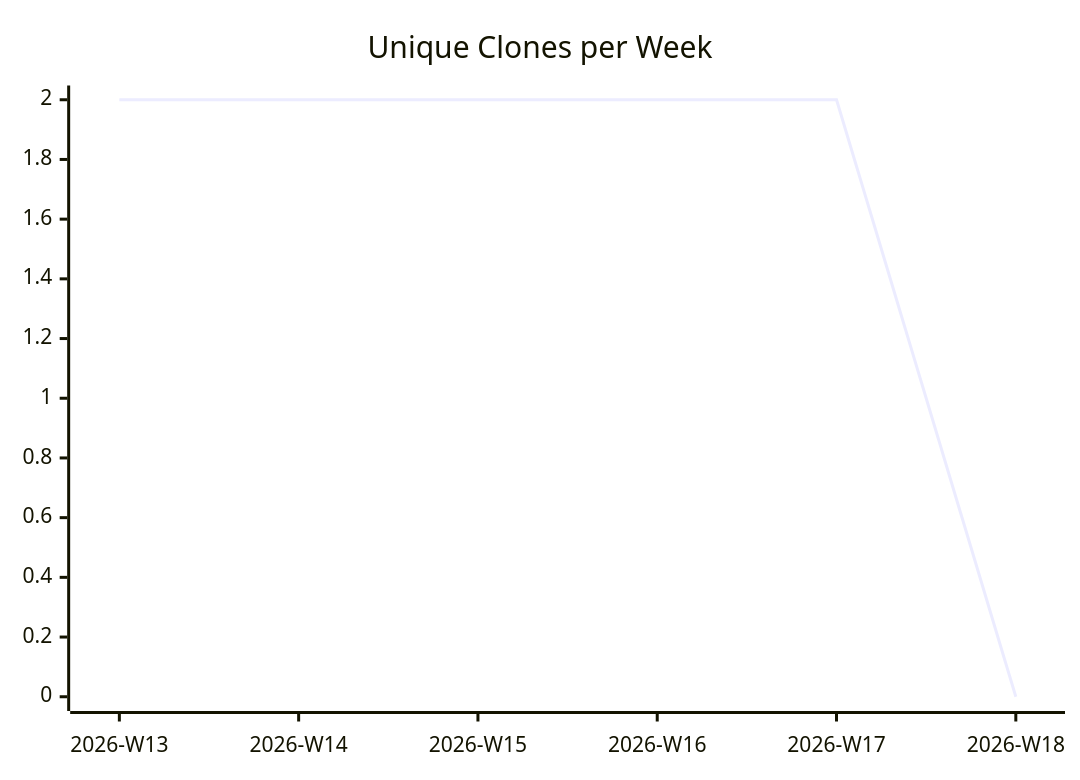
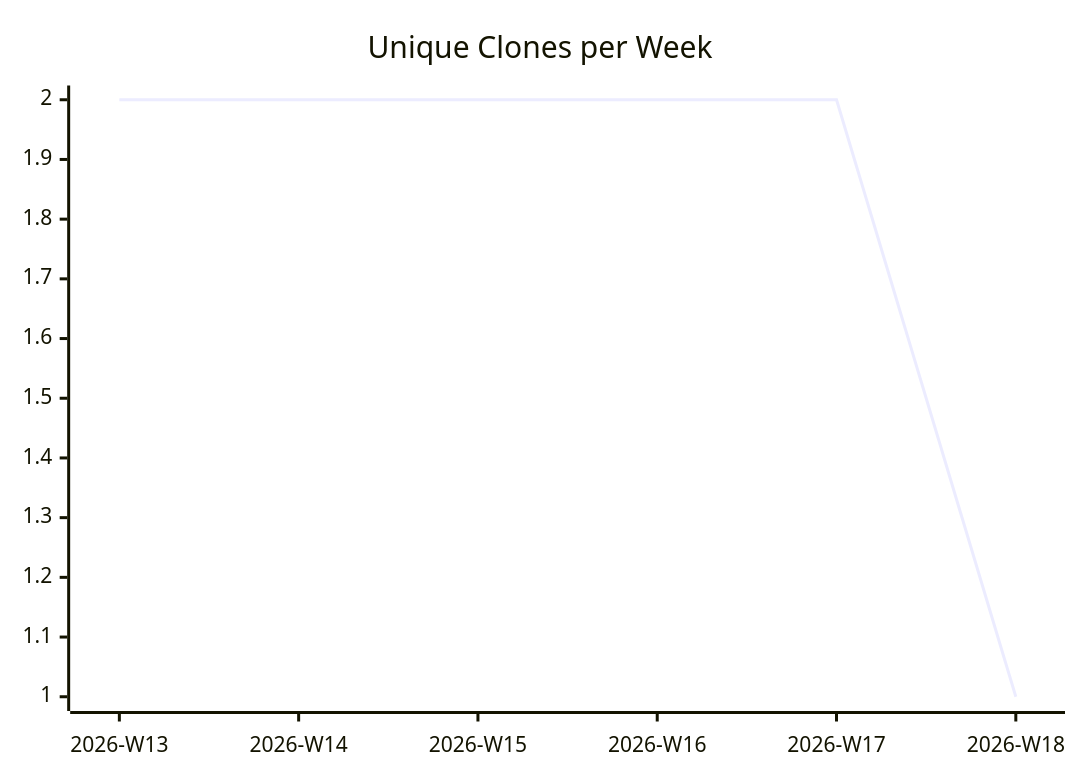
One commit to justdavis-family/github-analytics-data changed the third of 3 diagrams in karlmdavis/rps-tourney/README.md. Above: the diagram before and after it, drawn with Mermaid. The commit also changed other lines of this file and 184 other files, not shown here.

````diff
--- a/karlmdavis/rps-tourney/README.md
+++ b/karlmdavis/rps-tourney/README.md
@@ -19,6 +19,6 @@
 ```mermaid
 xychart-beta
   title "Unique Clones per Week"
   x-axis ["2026-W13", "2026-W14", "2026-W15", "2026-W16", "2026-W17", "2026-W18"]
-  line [2, 2, 2, 2, 2, 0]
+  line [2, 2, 2, 2, 2, 1]
 ```
````
